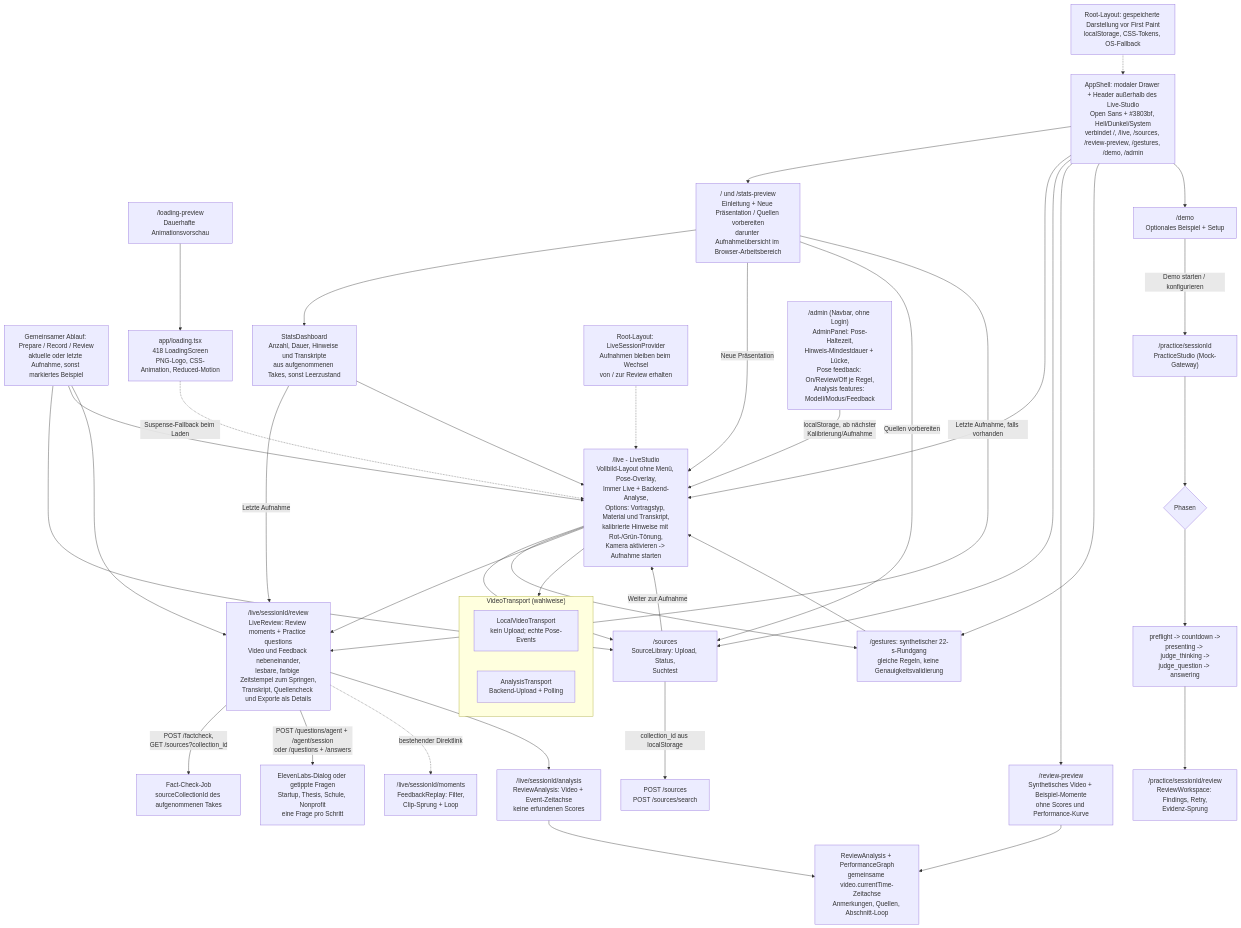
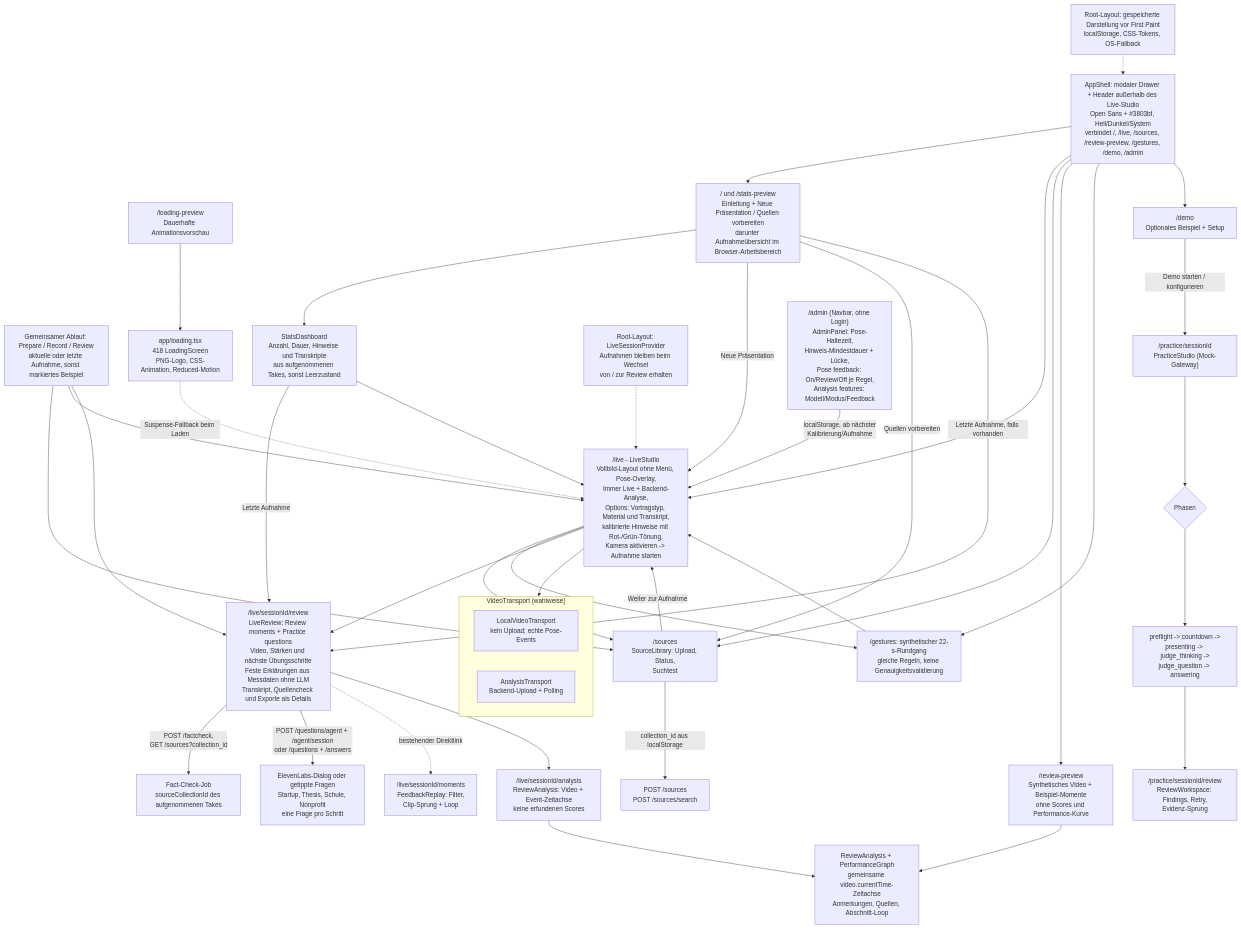
One commit to johannes3502/hackathon-fulda changed the eighth of 12 diagrams in docs/03-architecture.md. Above: the diagram before and after it, drawn with Mermaid. The commit also changed other lines of this file and 24 other files, not shown here.

````diff
--- a/docs/03-architecture.md
+++ b/docs/03-architecture.md
@@ -417,53 +423,53 @@
 ```mermaid
 flowchart TD
     DRAWER["AppShell: modaler Drawer + Header außerhalb des Live-Studio<br/>Open Sans + #3803bf, Hell/Dunkel/System<br/>verbindet /, /live, /sources, /review-preview, /gestures, /demo, /admin"]
     THEME["Root-Layout: gespeicherte Darstellung vor First Paint<br/>localStorage, CSS-Tokens, OS-Fallback"] -.-> DRAWER
     JOURNEY["Gemeinsamer Ablauf: Prepare / Record / Review<br/>aktuelle oder letzte Aufnahme, sonst markiertes Beispiel"] --> SRC
     JOURNEY --> LIVE
     JOURNEY --> LREV
     LOADING["app/loading.tsx<br/>418 LoadingScreen<br/>PNG-Logo, CSS-Animation, Reduced-Motion"]
     LP["/loading-preview<br/>Dauerhafte Animationsvorschau"] --> LOADING
     SP["/ und /stats-preview<br/>Einleitung + Neue Präsentation / Quellen vorbereiten<br/>darunter Aufnahmeübersicht im Browser-Arbeitsbereich"] --> SC["StatsDashboard<br/>Anzahl, Dauer, Hinweise und Transkripte<br/>aus aufgenommenen Takes, sonst Leerzustand"]
     SP -->|"Neue Präsentation"| LIVE
     SP -->|"Quellen vorbereiten"| SRC
     SP -->|"Letzte Aufnahme, falls vorhanden"| LREV
     DRAWER --> SP
     DRAWER --> LIVE
     DRAWER --> SRC
     DRAWER --> RP
     DRAWER --> WALK
     DRAWER --> DEMOPAGE
     RP["/review-preview<br/>Synthetisches Video + Beispiel-Momente<br/>ohne Scores und Performance-Kurve"]
     SC -->|"Letzte Aufnahme"| LREV
     SC --> LIVE
     LOADING -. "Suspense-Fallback beim Laden" .-> LIVE
     LIVE["/live - LiveStudio<br/>Vollbild-Layout ohne Menü, Pose-Overlay,<br/>Immer Live + Backend-Analyse,<br/>Options: Vortragstyp, Material und Transkript,<br/>kalibrierte Hinweise mit Rot-/Grün-Tönung,<br/>Kamera aktivieren -> Aufnahme starten"]
     STORE["Root-Layout: LiveSessionProvider<br/>Aufnahmen bleiben beim Wechsel<br/>von / zur Review erhalten"] -.-> LIVE
     DEMOPAGE["/demo<br/>Optionales Beispiel + Setup"]
     DEMOPAGE -->|"Demo starten / konfigurieren"| PRAC["/practice/sessionId<br/>PracticeStudio (Mock-Gateway)"]
     LIVE --> SRC["/sources<br/>SourceLibrary: Upload, Status,<br/>Suchtest"]
     SRC -->|"Weiter zur Aufnahme"| LIVE
     LIVE --> WALK["/gestures: synthetischer 22-s-Rundgang<br/>gleiche Regeln, keine Genauigkeitsvalidierung"]
     WALK --> LIVE
     ADMIN["/admin (Navbar, ohne Login)<br/>AdminPanel: Pose-Haltezeit,<br/>Hinweis-Mindestdauer + Lücke,<br/>Pose feedback: On/Review/Off je Regel,<br/>Analysis features: Modell/Modus/Feedback"] -->|"localStorage, ab nächster<br/>Kalibrierung/Aufnahme"| LIVE
 
     PRAC --> STATE{"Phasen"}
     STATE --> P1["preflight -> countdown -><br/>presenting -> judge_thinking -><br/>judge_question -> answering"]
     P1 --> PREV["/practice/sessionId/review<br/>ReviewWorkspace: Findings, Retry,<br/>Evidenz-Sprung"]
 
-    LIVE --> LREV["/live/sessionId/review<br/>LiveReview: Review moments + Practice questions<br/>Video und Feedback nebeneinander,<br/>lesbare, farbige Zeitstempel zum Springen,<br/>Transkript, Quellencheck und Exporte als Details"]
+    LIVE --> LREV["/live/sessionId/review<br/>LiveReview: Review moments + Practice questions<br/>Video, Stärken und nächste Übungsschritte<br/>Feste Erklärungen aus Messdaten ohne LLM<br/>Transkript, Quellencheck und Exporte als Details"]
     LREV -->|"POST /factcheck,<br/>GET /sources?collection_id"| FCAPI["Fact-Check-Job<br/>sourceCollectionId des aufgenommenen Takes"]
     LREV -->|"POST /questions/agent + /agent/session<br/>oder /questions + /answers"| QAPI["ElevenLabs-Dialog oder getippte Fragen<br/>Startup, Thesis, Schule, Nonprofit<br/>eine Frage pro Schritt"]
     LREV -. "bestehender Direktlink" .-> MOM["/live/sessionId/moments<br/>FeedbackReplay: Filter,<br/>Clip-Sprung + Loop"]
     LREV --> LA["/live/sessionId/analysis<br/>ReviewAnalysis: Video + Event-Zeitachse<br/>keine erfundenen Scores"]
     RP --> RA["ReviewAnalysis + PerformanceGraph<br/>gemeinsame video.currentTime-Zeitachse<br/>Anmerkungen, Quellen, Abschnitt-Loop"]
     LA --> RA
 
     SRC -->|"collection_id aus localStorage"| UPLOAD["POST /sources<br/>POST /sources/search"]
 
     subgraph Transport["VideoTransport (wahlweise)"]
         DEMO["LocalVideoTransport<br/>kein Upload; echte Pose-Events"]
         ANA["AnalysisTransport<br/>Backend-Upload + Polling"]
     end
     LIVE --> Transport
 ```
````
